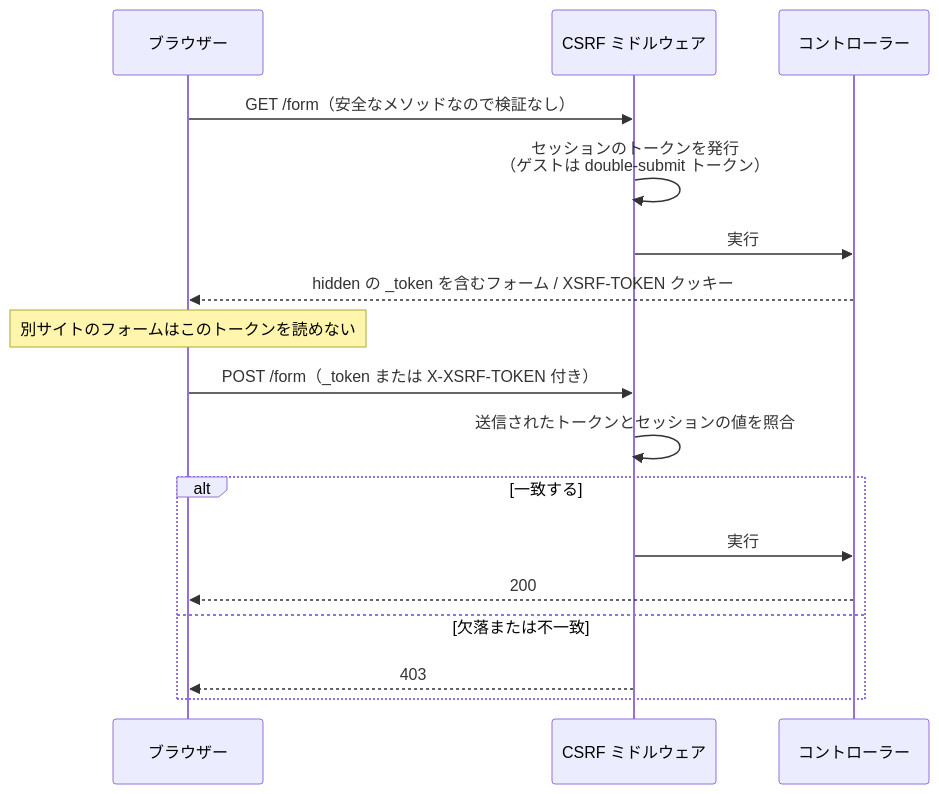
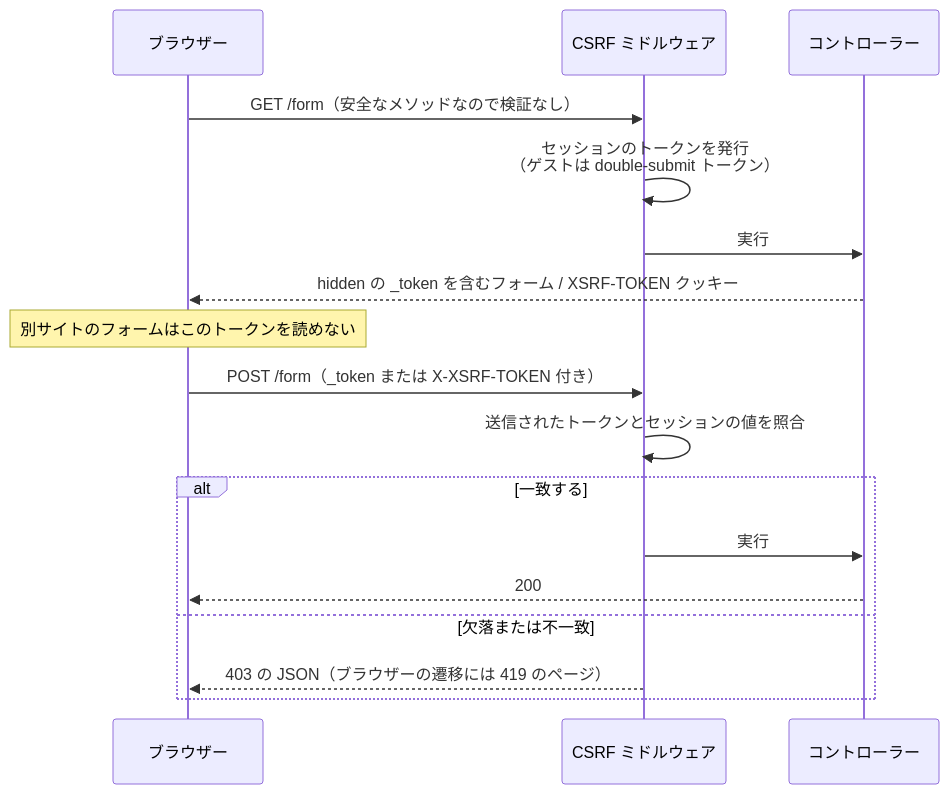
Before and after one commit to gurenjs/guren: the diagram in docs/ja/guides/csrf.md, drawn with Mermaid. The commit also changed other lines of this file and 12 other files, not shown here.

````diff
--- a/docs/ja/guides/csrf.md
+++ b/docs/ja/guides/csrf.md
@@ -7,20 +7,20 @@
 ```mermaid
 sequenceDiagram
   participant B as ブラウザー
   participant M as CSRF ミドルウェア
   participant C as コントローラー
 
   B->>M: GET /form（安全なメソッドなので検証なし）
   M->>M: セッションのトークンを発行<br/>（ゲストは double-submit トークン）
   M->>C: 実行
   C-->>B: hidden の _token を含むフォーム / XSRF-TOKEN クッキー
   Note over B: 別サイトのフォームはこのトークンを読めない
   B->>M: POST /form（_token または X-XSRF-TOKEN 付き）
   M->>M: 送信されたトークンとセッションの値を照合
   alt 一致する
     M->>C: 実行
     C-->>B: 200
   else 欠落または不一致
-    M-->>B: 403
+    M-->>B: 403 の JSON（ブラウザーの遷移には 419 のページ）
   end
 ```
````
